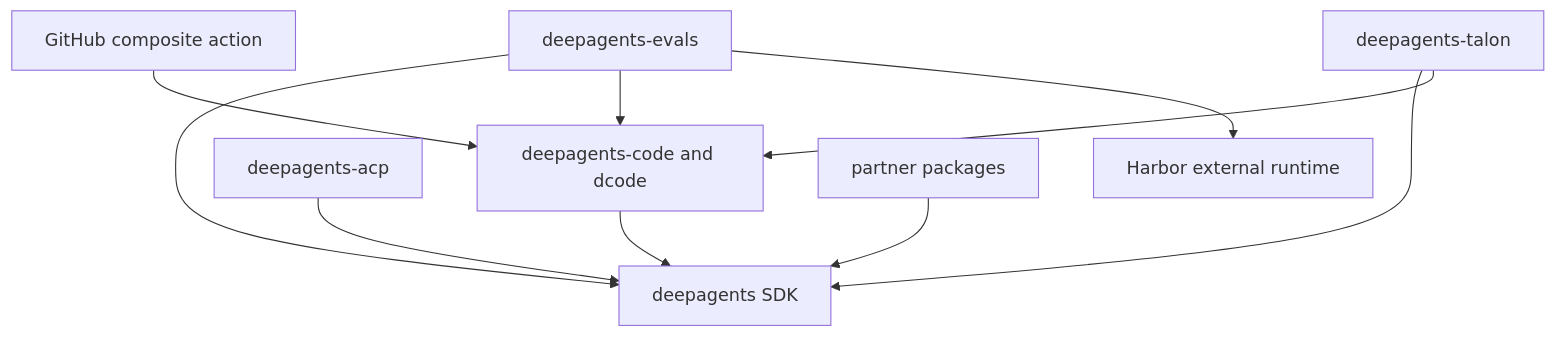
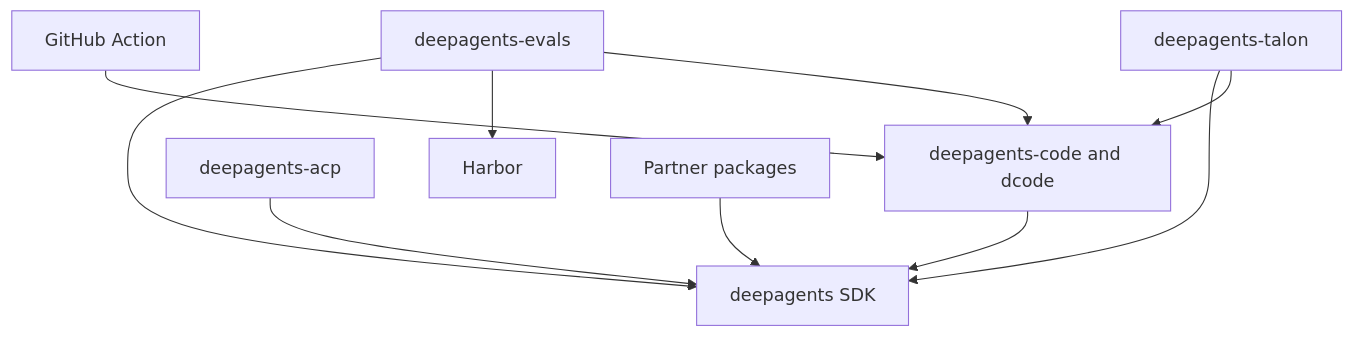
The diagram in openwiki/quickstart.md (langchain-ai/deepagents), drawn with Mermaid before and after one commit. The commit also changed other lines of this file and 36 other files, not shown here.

````diff
--- a/openwiki/quickstart.md
+++ b/openwiki/quickstart.md
@@ -96,12 +92,12 @@
 ```mermaid
 flowchart TD
     Code["deepagents-code and dcode"] --> SDK["deepagents SDK"]
     ACP["deepagents-acp"] --> SDK
     Evals["deepagents-evals"] --> SDK
+    Evals --> Harbor["Harbor"]
     Evals --> Code
-    Evals --> Harbor["Harbor external runtime"]
     Talon["deepagents-talon"] --> SDK
     Talon --> Code
-    Partners["partner packages"] --> SDK
-    Action["GitHub composite action"] --> Code
+    Partners["Partner packages"] --> SDK
+    Action["GitHub Action"] --> Code
 ```
````
